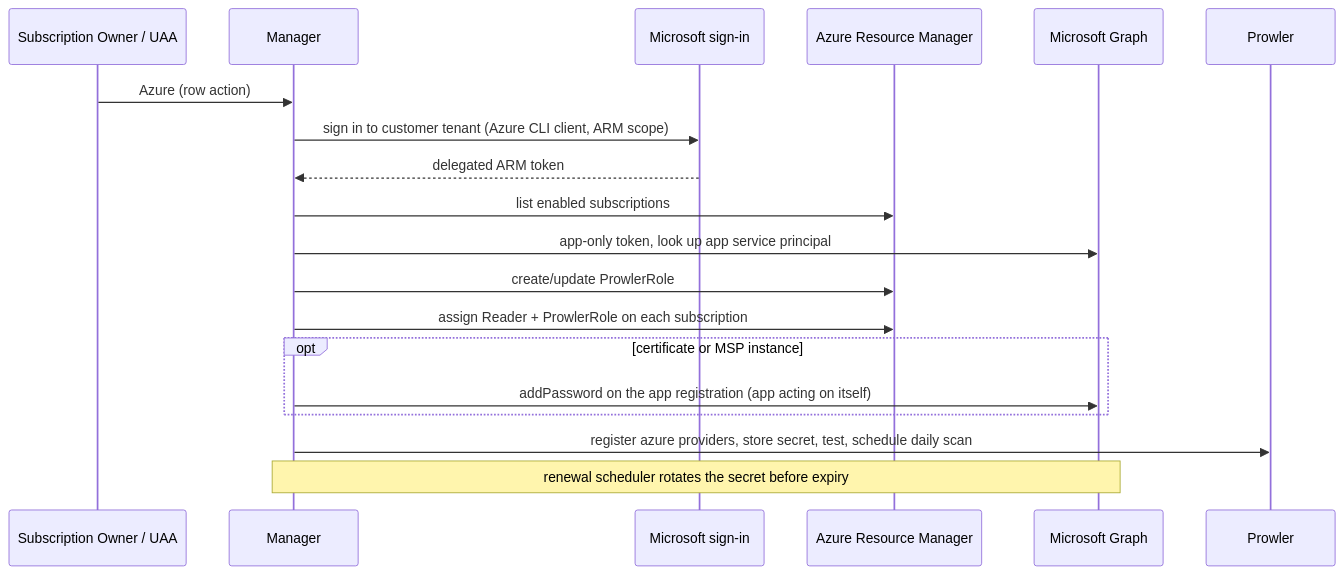
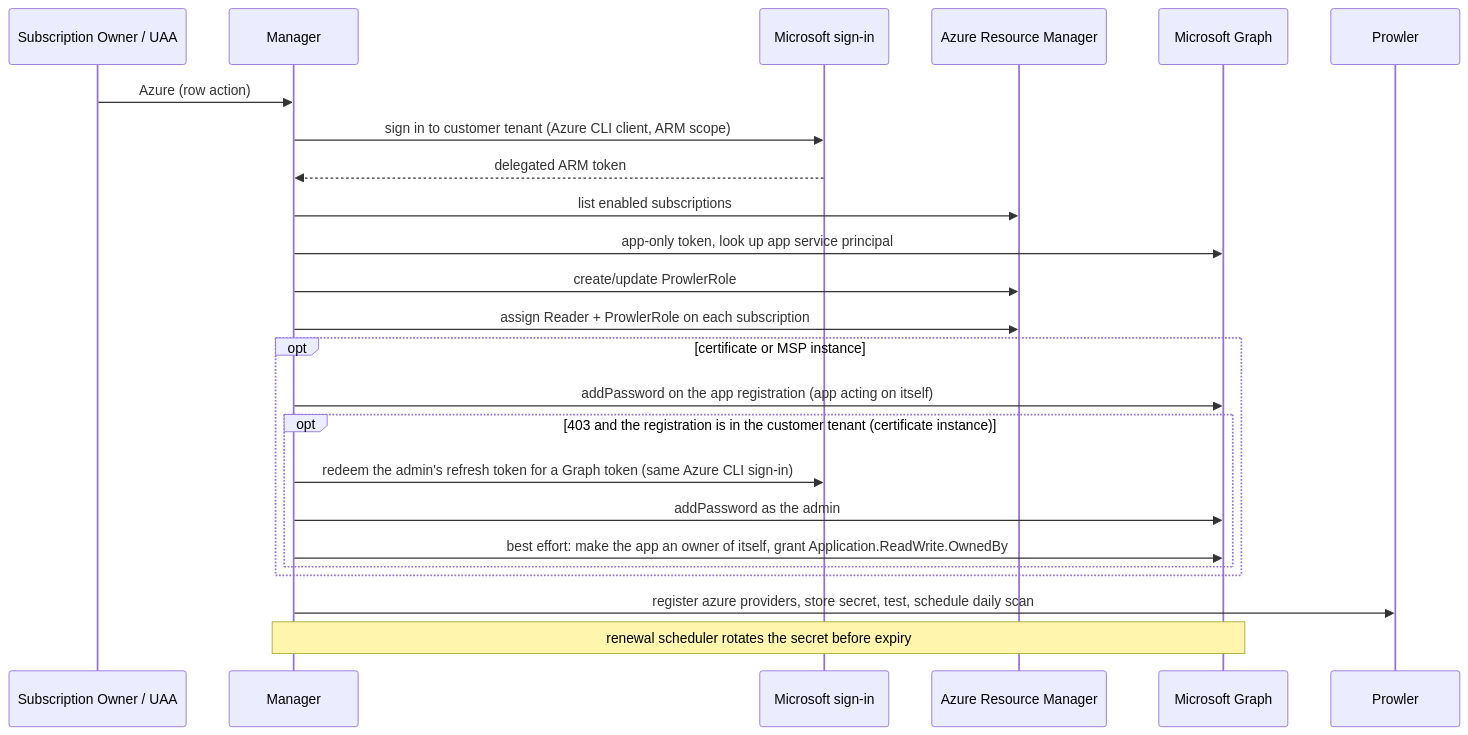
One commit to lotrasoft/prowler-manage changed the fifth of 6 diagrams in docs/application-flow.md. Above: the diagram before and after it, drawn with Mermaid. The commit also changed other lines of this file and 9 other files, not shown here.

````diff
--- a/docs/application-flow.md
+++ b/docs/application-flow.md
@@ -95,22 +98,27 @@
 ```mermaid
 sequenceDiagram
     participant Admin as Subscription Owner / UAA
     participant Manager as Manager
     participant MS as Microsoft sign-in
     participant ARM as Azure Resource Manager
     participant Graph as Microsoft Graph
     participant P as Prowler
 
     Admin->>Manager: Azure (row action)
     Manager->>MS: sign in to customer tenant (Azure CLI client, ARM scope)
     MS-->>Manager: delegated ARM token
     Manager->>ARM: list enabled subscriptions
     Manager->>Graph: app-only token, look up app service principal
     Manager->>ARM: create/update ProwlerRole
     Manager->>ARM: assign Reader + ProwlerRole on each subscription
     opt certificate or MSP instance
         Manager->>Graph: addPassword on the app registration (app acting on itself)
+        opt 403 and the registration is in the customer tenant (certificate instance)
+            Manager->>MS: redeem the admin's refresh token for a Graph token (same Azure CLI sign-in)
+            Manager->>Graph: addPassword as the admin
+            Manager->>Graph: best effort: make the app an owner of itself, grant Application.ReadWrite.OwnedBy
+        end
     end
     Manager->>P: register azure providers, store secret, test, schedule daily scan
     Note over Manager,Graph: renewal scheduler rotates the secret before expiry
 ```
````
